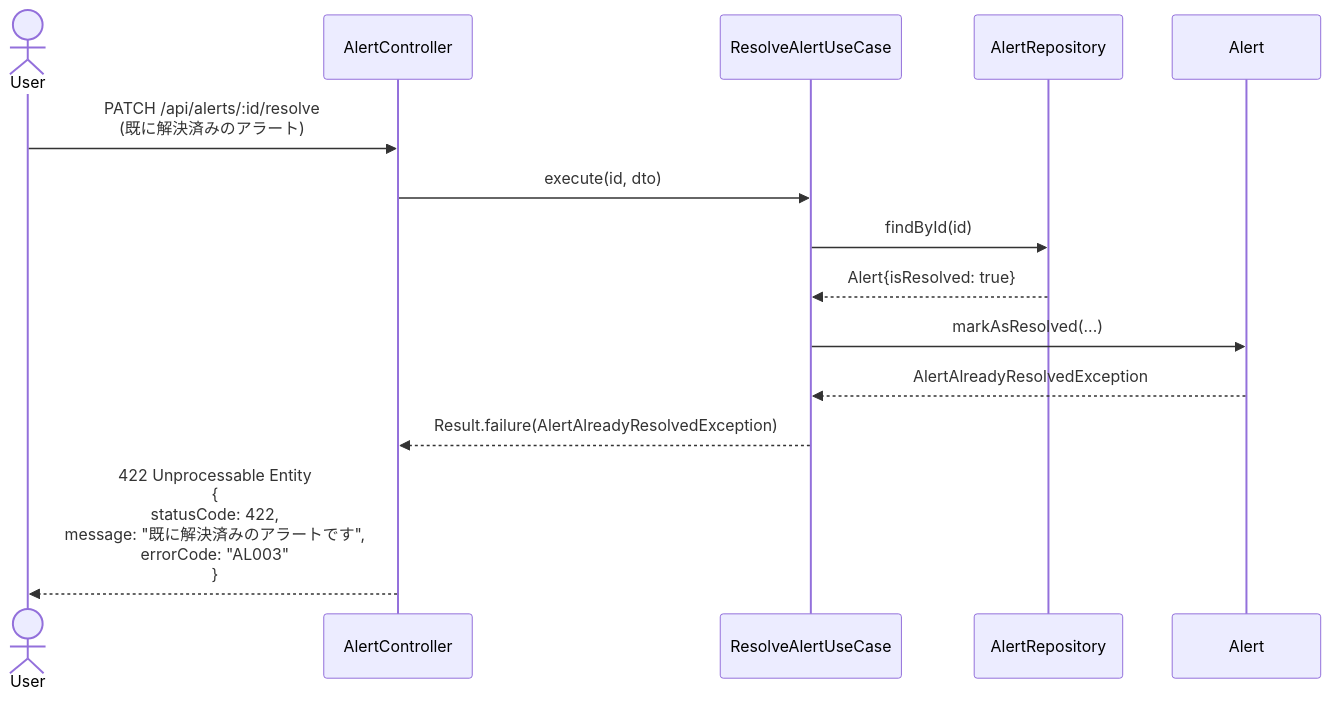
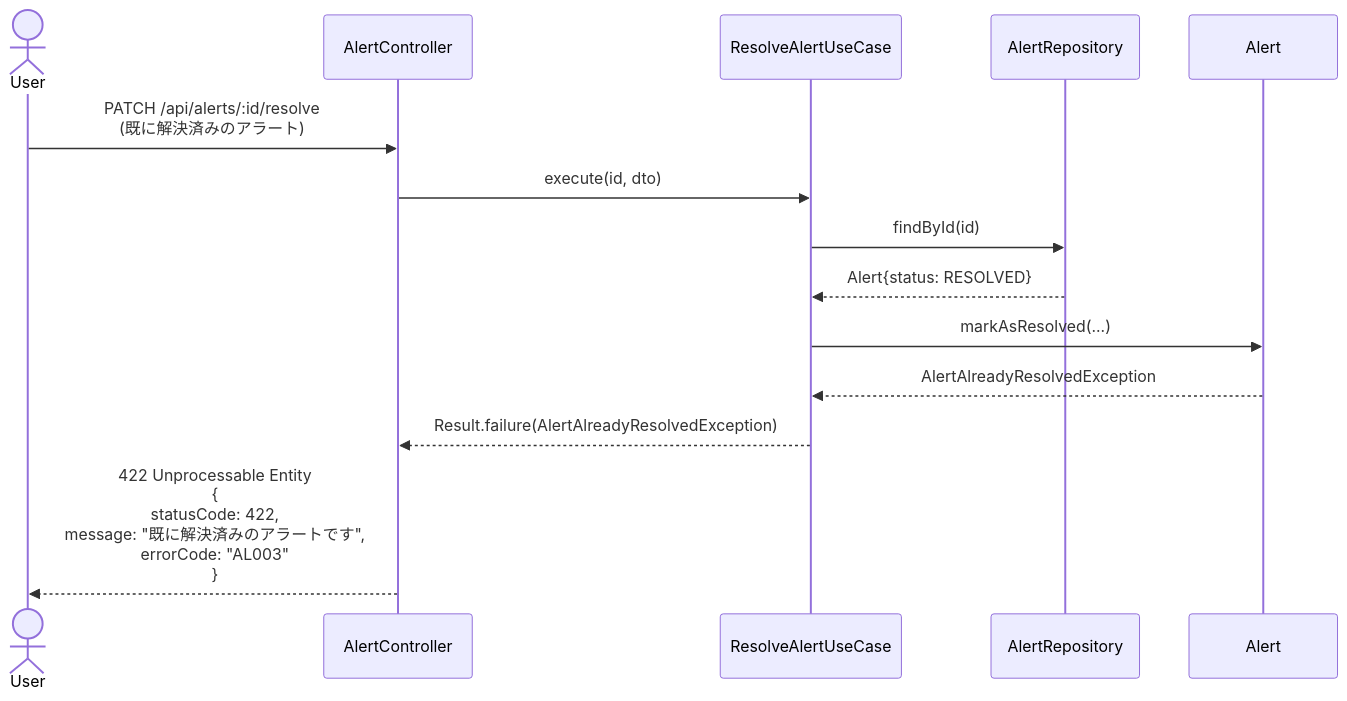
Before and after one commit to kencom2400/account-book: the sixth of 8 diagrams in docs/detailed-design/FR-015_inconsistency-alert/sequence-diagrams.md, drawn with Mermaid. The commit also changed other lines of this file and 3 other files, not shown here.

````diff
--- a/docs/detailed-design/FR-015_inconsistency-alert/sequence-diagrams.md
+++ b/docs/detailed-design/FR-015_inconsistency-alert/sequence-diagrams.md
@@ -305,21 +312,21 @@
 ```mermaid
 sequenceDiagram
     actor User
     participant API as AlertController
     participant UC as ResolveAlertUseCase
     participant AR as AlertRepository
     participant Entity as Alert
 
     User->>API: PATCH /api/alerts/:id/resolve<br/>(既に解決済みのアラート)
 
     API->>UC: execute(id, dto)
 
     UC->>AR: findById(id)
-    AR-->>UC: Alert{isResolved: true}
+    AR-->>UC: Alert{status: RESOLVED}
 
     UC->>Entity: markAsResolved(...)
     Entity-->>UC: AlertAlreadyResolvedException
 
     UC-->>API: Result.failure(AlertAlreadyResolvedException)
     API-->>User: 422 Unprocessable Entity<br/>{<br/>  statusCode: 422,<br/>  message: "既に解決済みのアラートです",<br/>  errorCode: "AL003"<br/>}
 ```
````
